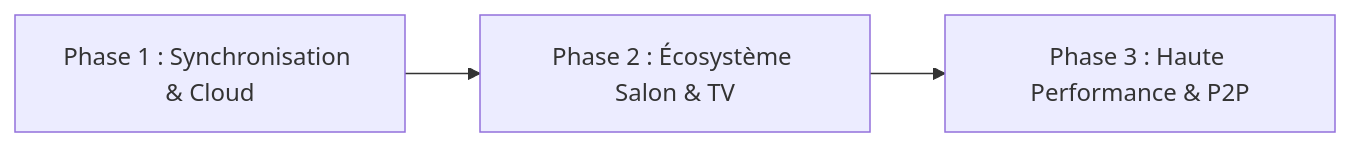
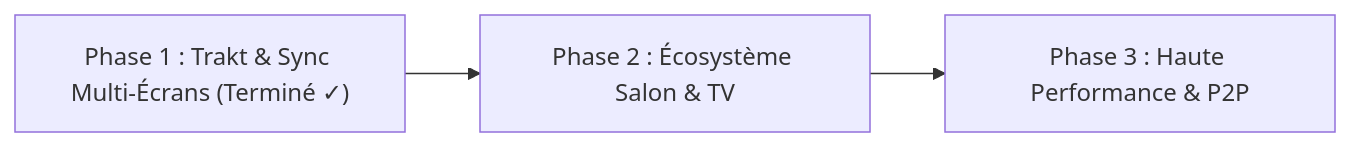
One commit to jri561/stremo changed the diagram in ROADMAP.md. Above: the diagram before and after it, drawn with Mermaid. The commit also changed other lines of this file and 11 other files, not shown here.

Commit message:
feat: Trakt.tv scrobbler, sauvegarde & synchronisation multi-écrans, Google Cast/AirPlay et téléchargement direct

````diff
--- a/ROADMAP.md
+++ b/ROADMAP.md
@@ -96,5 +110,5 @@
 ```mermaid
 flowchart LR
-    A["Phase 1 : Synchronisation & Cloud"] --> B["Phase 2 : Écosystème Salon & TV"]
+    A["Phase 1 : Trakt & Sync Multi-Écrans (Terminé ✓)"] --> B["Phase 2 : Écosystème Salon & TV"]
     B --> C["Phase 3 : Haute Performance & P2P"]
 ```
````
